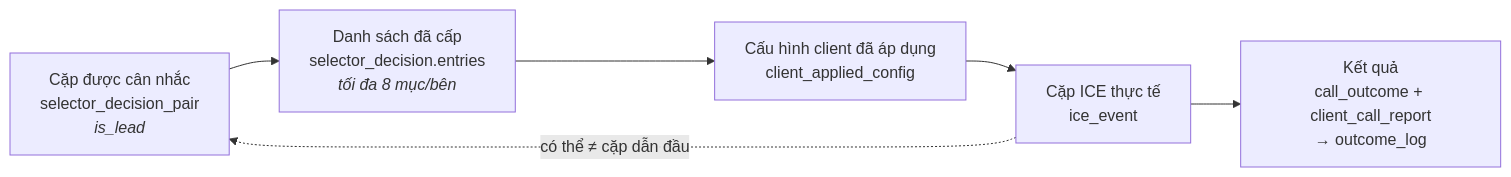
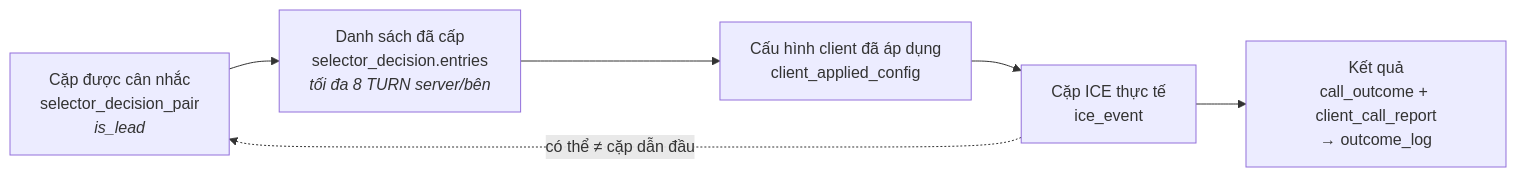
The third of 5 diagrams in README.md (QuocHiep123/Pharse3), drawn with Mermaid before and after one commit. The commit also changed other lines of this file and 27 other files, not shown here.

First line of the commit message:
docs: dọn bản cũ v0.4.0, sửa '8 TURN' thành 8 TURN server theo mentor

````diff
--- a/README.md
+++ b/README.md
@@ -85,10 +85,10 @@
 ```mermaid
 flowchart LR
   D["Cặp được cân nhắc<br/>selector_decision_pair<br/><i>is_lead</i>"]
-  L["Danh sách đã cấp<br/>selector_decision.entries<br/><i>tối đa 8 mục/bên</i>"]
+  L["Danh sách đã cấp<br/>selector_decision.entries<br/><i>tối đa 8 TURN server/bên</i>"]
   C["Cấu hình client đã áp dụng<br/>client_applied_config"]
   I["Cặp ICE thực tế<br/>ice_event"]
   O["Kết quả<br/>call_outcome + client_call_report<br/>→ outcome_log"]
   D --> L --> C --> I --> O
   I -. "có thể ≠ cặp dẫn đầu" .-> D
 ```
````
